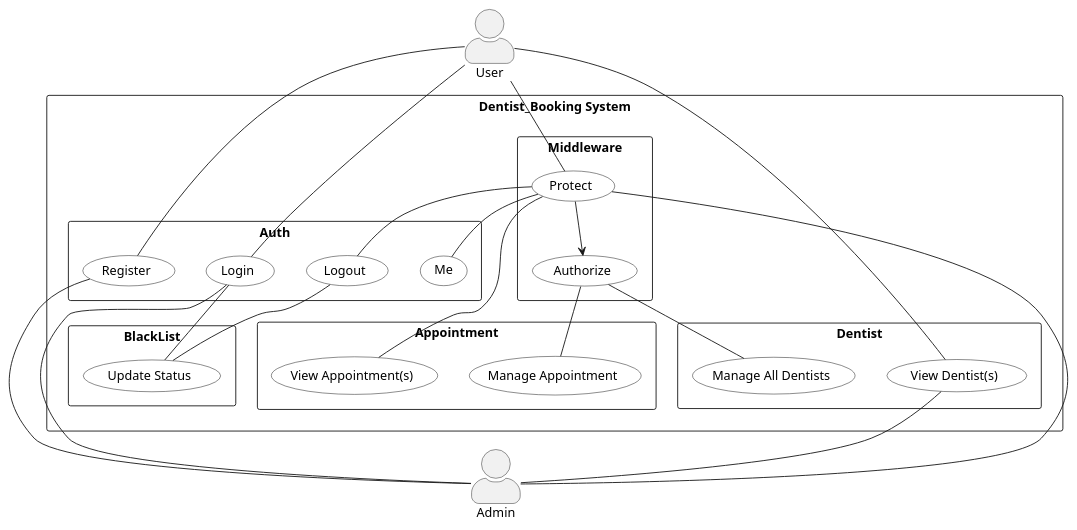
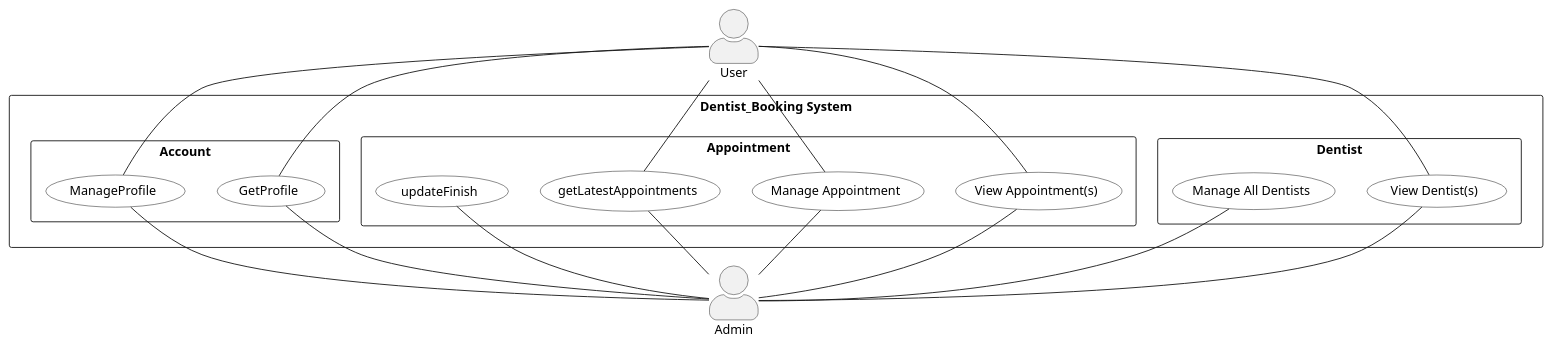
The diagram in UseCase Diagram.puml (Alknot1122/BEProject_Dentist_Booking), drawn with PlantUML before and after one commit. The commit also changed 2 other files, not shown here.

Commit message:
add Class Diagram

```diff
--- a/UseCase Diagram.puml
+++ b/UseCase Diagram.puml
@@ -1,58 +1,51 @@
 @startuml
 
 top to bottom direction
 
 skinparam actorStyle awesome
 skinparam usecase {
     BackgroundColor White
     BorderColor Black
 }
 
 actor User
 rectangle "Dentist_Booking System" {
     rectangle "Dentist" {
         usecase "View Dentist(s)" as VD
         usecase "Manage All Dentists" as MAD
     }
-    rectangle "Middleware" {
-        usecase "Protect" as Protect
-        usecase "Authorize" as Authorize
-    }
+    ' rectangle "Middleware" {
+    '     usecase "Protect" as Protect
+    '     usecase "Authorize" as Authorize
+    ' }
     rectangle "Appointment" {
         usecase "View Appointment(s)" as VA
         usecase "Manage Appointment" as MA
+        usecase "getLatestAppointments" as GLA
+        usecase "updateFinish" as UF
     }
-    rectangle "Auth" {
-        usecase "Register" as Register
-        usecase "Me" as Me
-        usecase "Login" as Login
-        usecase "Logout" as Logout
-    }
-    rectangle "BlackList" {
-        usecase "Update Status" as UpdateStatus
+    rectangle "Account" {
+        usecase "GetProfile" as GP
+        usecase "ManageProfile" as MP
     }
 }
 
 User -- VD
-User -- Protect
-User -- Register
-User -- Login
 
-Protect --> Authorize
-Protect -- VA
-Protect -- Logout
-Protect -- Me
-
-Authorize -- MAD
-Authorize -- MA 
-
-Login -- UpdateStatus
-Logout -- UpdateStatus
+User -- MA
+User -- VA
+User -- GLA
+User -- GP
+User -- MP
 
 actor Admin
 VD -- Admin
-Protect -- Admin
-Register -- Admin
-Login -- Admin
+MAD -- Admin
+VA -- Admin
+MA -- Admin
+GLA -- Admin
+UF -- Admin
+GP -- Admin
+MP -- Admin
 
 @enduml
```
